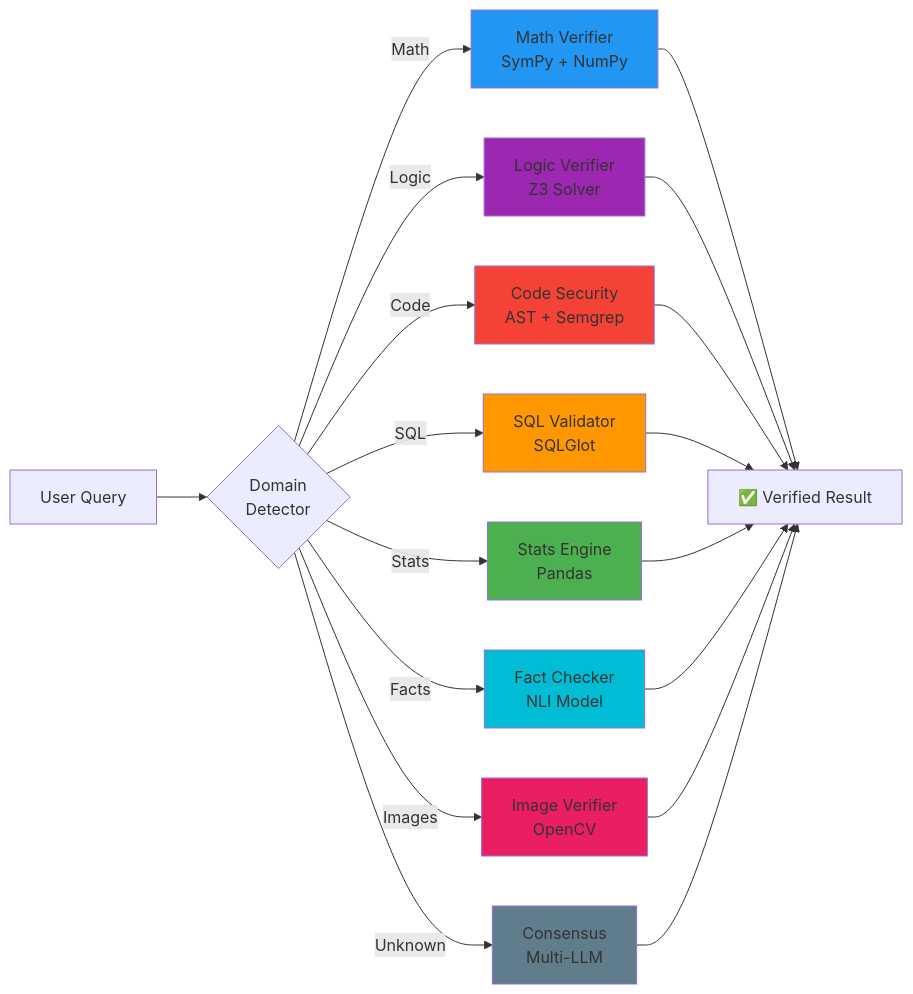
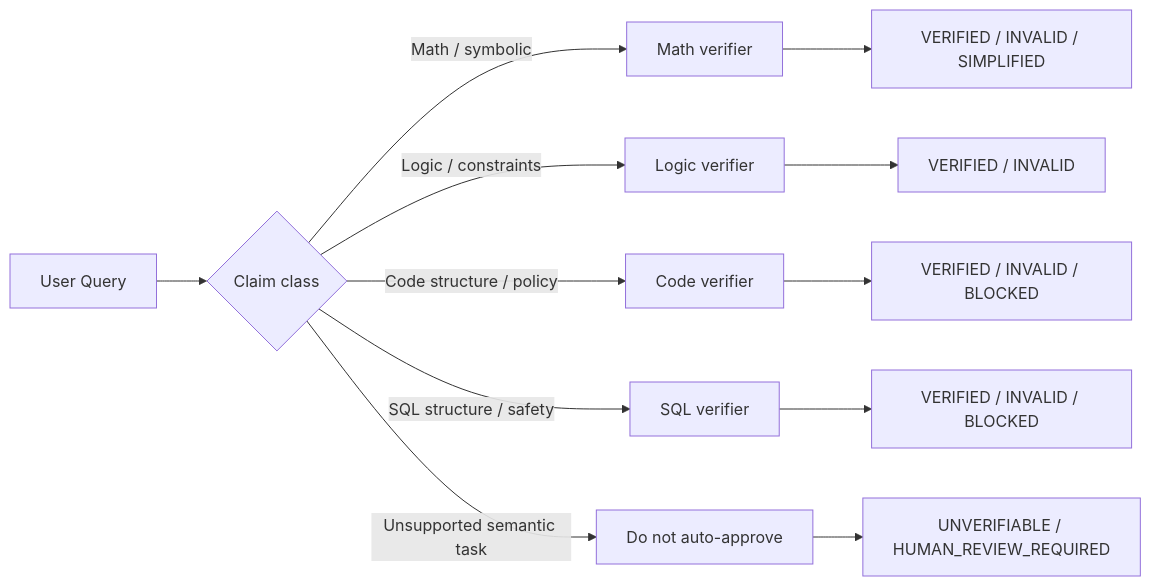
One commit to QWED-AI/qwed-learning changed the second of 5 diagrams in ARCHITECTURE.md. Above: the diagram before and after it, drawn with Mermaid. The commit also changed other lines of this file and 23 other files, not shown here.

````diff
--- a/ARCHITECTURE.md
+++ b/ARCHITECTURE.md
@@ -38,31 +52,16 @@
 ```mermaid
 graph LR
-    A[User Query] --> B{Domain<br/>Detector}
-    
-    B -->|Math| C[Math Verifier<br/>SymPy + NumPy]
-    B -->|Logic| D[Logic Verifier<br/>Z3 Solver]
-    B -->|Code| E[Code Security<br/>AST + Semgrep]
-    B -->|SQL| F[SQL Validator<br/>SQLGlot]
-    B -->|Stats| G[Stats Engine<br/>Pandas]
-    B -->|Facts| H[Fact Checker<br/>NLI Model]
-    B -->|Images| I[Image Verifier<br/>OpenCV]
-    B -->|Unknown| J[Consensus<br/>Multi-LLM]
-    
-    C --> K[✅ Verified Result]
-    D --> K
-    E --> K
-    F --> K
-    G --> K
-    H --> K
-    I --> K
-    J --> K
-    
-    style C fill:#2196f3
-    style D fill:#9c27b0
-    style E fill:#f44336
-    style F fill:#ff9800
-    style G fill:#4caf50
-    style H fill:#00bcd4
-    style I fill:#e91e63
-    style J fill:#607d8b
+    A["User Query"] --> B{"Claim class"}
+
+    B -->|Math / symbolic| C["Math verifier"]
+    B -->|Logic / constraints| D["Logic verifier"]
+    B -->|Code structure / policy| E["Code verifier"]
+    B -->|SQL structure / safety| F["SQL verifier"]
+    B -->|Unsupported semantic task| G["Do not auto-approve"]
+
+    C --> H["VERIFIED / INVALID / SIMPLIFIED"]
+    D --> I["VERIFIED / INVALID"]
+    E --> J["VERIFIED / INVALID / BLOCKED"]
+    F --> K["VERIFIED / INVALID / BLOCKED"]
+    G --> L["UNVERIFIABLE / HUMAN_REVIEW_REQUIRED"]
 ```
````
